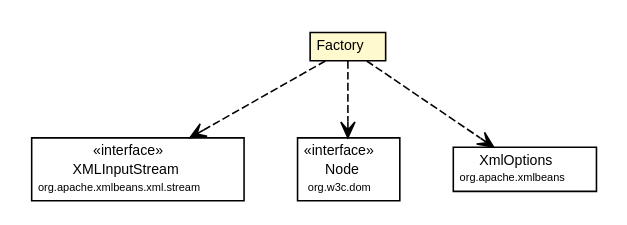
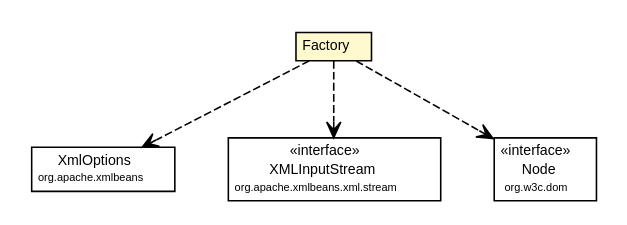
One commit to synchronoss/cpo-api changed the diagram in site/apidocs/org/synchronoss/cpo/cassandra/cpoCassandraConfig/CtCassandraReadWriteConfig.Factory.dot. Above: the diagram before and after it, drawn with Graphviz. The commit also changed 884 other files, not shown here.

```diff
--- a/site/apidocs/org/synchronoss/cpo/cassandra/cpoCassandraConfig/CtCassandraReadWriteConfig.Factory.dot
+++ b/site/apidocs/org/synchronoss/cpo/cassandra/cpoCassandraConfig/CtCassandraReadWriteConfig.Factory.dot
@@ -1,45 +1,45 @@
 #!/usr/local/bin/dot
 #
 # Class diagram 
 # Generated by UmlGraph version 4.6 (http://www.spinellis.gr/sw/umlgraph)
 #
 
 digraph G {
 	edge [fontname="Helvetica",fontsize=10,labelfontname="Helvetica",labelfontsize=10];
 	node [fontname="Helvetica",fontsize=10,shape=plaintext];
 	// org.synchronoss.cpo.cassandra.cpoCassandraConfig.CtCassandraReadWriteConfig.Factory
 	c51449 [label=<<table border="0" cellborder="1" cellspacing="0" cellpadding="2" port="p" bgcolor="lemonChiffon" href="./CtCassandraReadWriteConfig.Factory.html">
 		<tr><td><table border="0" cellspacing="0" cellpadding="1">
 			<tr><td> Factory </td></tr>
 		</table></td></tr>
 		</table>>, fontname="Helvetica", fontcolor="black", fontsize=9.0];
+	// org.synchronoss.cpo.cassandra.cpoCassandraConfig.CtCassandraReadWriteConfig.Factory DEPEND org.apache.xmlbeans.XmlOptions
+	c51449:p -> c51462:p [taillabel="", label="", headlabel="", fontname="Helvetica", fontcolor="black", fontsize=10.0, color="black", arrowhead=open, style=dashed];
 	// org.synchronoss.cpo.cassandra.cpoCassandraConfig.CtCassandraReadWriteConfig.Factory DEPEND org.apache.xmlbeans.xml.stream.XMLInputStream
-	c51449:p -> c51462:p [taillabel="", label="", headlabel="", fontname="Helvetica", fontcolor="black", fontsize=10.0, color="black", arrowhead=open, style=dashed];
+	c51449:p -> c51463:p [taillabel="", label="", headlabel="", fontname="Helvetica", fontcolor="black", fontsize=10.0, color="black", arrowhead=open, style=dashed];
 	// org.synchronoss.cpo.cassandra.cpoCassandraConfig.CtCassandraReadWriteConfig.Factory DEPEND org.w3c.dom.Node
-	c51449:p -> c51463:p [taillabel="", label="", headlabel="", fontname="Helvetica", fontcolor="black", fontsize=10.0, color="black", arrowhead=open, style=dashed];
-	// org.synchronoss.cpo.cassandra.cpoCassandraConfig.CtCassandraReadWriteConfig.Factory DEPEND org.apache.xmlbeans.XmlOptions
 	c51449:p -> c51464:p [taillabel="", label="", headlabel="", fontname="Helvetica", fontcolor="black", fontsize=10.0, color="black", arrowhead=open, style=dashed];
 	// org.apache.xmlbeans.xml.stream.XMLInputStream
-	c51462 [label=<<table border="0" cellborder="1" cellspacing="0" cellpadding="2" port="p" href="http://java.sun.com/j2se/1.4.2/docs/api/org/apache/xmlbeans/xml/stream/XMLInputStream.html">
+	c51463 [label=<<table border="0" cellborder="1" cellspacing="0" cellpadding="2" port="p" href="http://java.sun.com/j2se/1.4.2/docs/api/org/apache/xmlbeans/xml/stream/XMLInputStream.html">
 		<tr><td><table border="0" cellspacing="0" cellpadding="1">
 			<tr><td> &laquo;interface&raquo; </td></tr>
 			<tr><td> XMLInputStream </td></tr>
 			<tr><td><font point-size="7.0"> org.apache.xmlbeans.xml.stream </font></td></tr>
 		</table></td></tr>
 		</table>>, fontname="Helvetica", fontcolor="black", fontsize=9.0];
 	// org.apache.xmlbeans.XmlOptions
-	c51464 [label=<<table border="0" cellborder="1" cellspacing="0" cellpadding="2" port="p" href="http://java.sun.com/j2se/1.4.2/docs/api/org/apache/xmlbeans/XmlOptions.html">
+	c51462 [label=<<table border="0" cellborder="1" cellspacing="0" cellpadding="2" port="p" href="http://java.sun.com/j2se/1.4.2/docs/api/org/apache/xmlbeans/XmlOptions.html">
 		<tr><td><table border="0" cellspacing="0" cellpadding="1">
 			<tr><td> XmlOptions </td></tr>
 			<tr><td><font point-size="7.0"> org.apache.xmlbeans </font></td></tr>
 		</table></td></tr>
 		</table>>, fontname="Helvetica", fontcolor="black", fontsize=9.0];
 	// org.w3c.dom.Node
-	c51463 [label=<<table border="0" cellborder="1" cellspacing="0" cellpadding="2" port="p" href="http://java.sun.com/j2se/1.4.2/docs/api/org/w3c/dom/Node.html">
+	c51464 [label=<<table border="0" cellborder="1" cellspacing="0" cellpadding="2" port="p" href="http://java.sun.com/j2se/1.4.2/docs/api/org/w3c/dom/Node.html">
 		<tr><td><table border="0" cellspacing="0" cellpadding="1">
 			<tr><td> &laquo;interface&raquo; </td></tr>
 			<tr><td> Node </td></tr>
 			<tr><td><font point-size="7.0"> org.w3c.dom </font></td></tr>
 		</table></td></tr>
 		</table>>, fontname="Helvetica", fontcolor="black", fontsize=9.0];
 }
```
